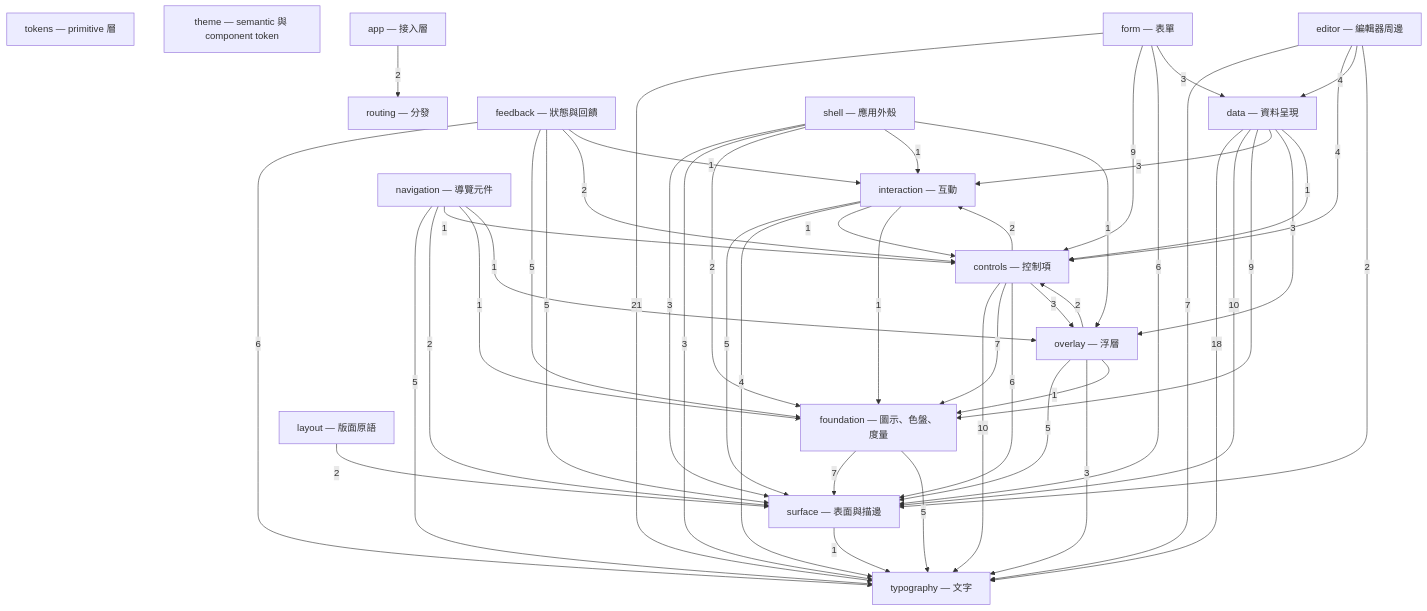
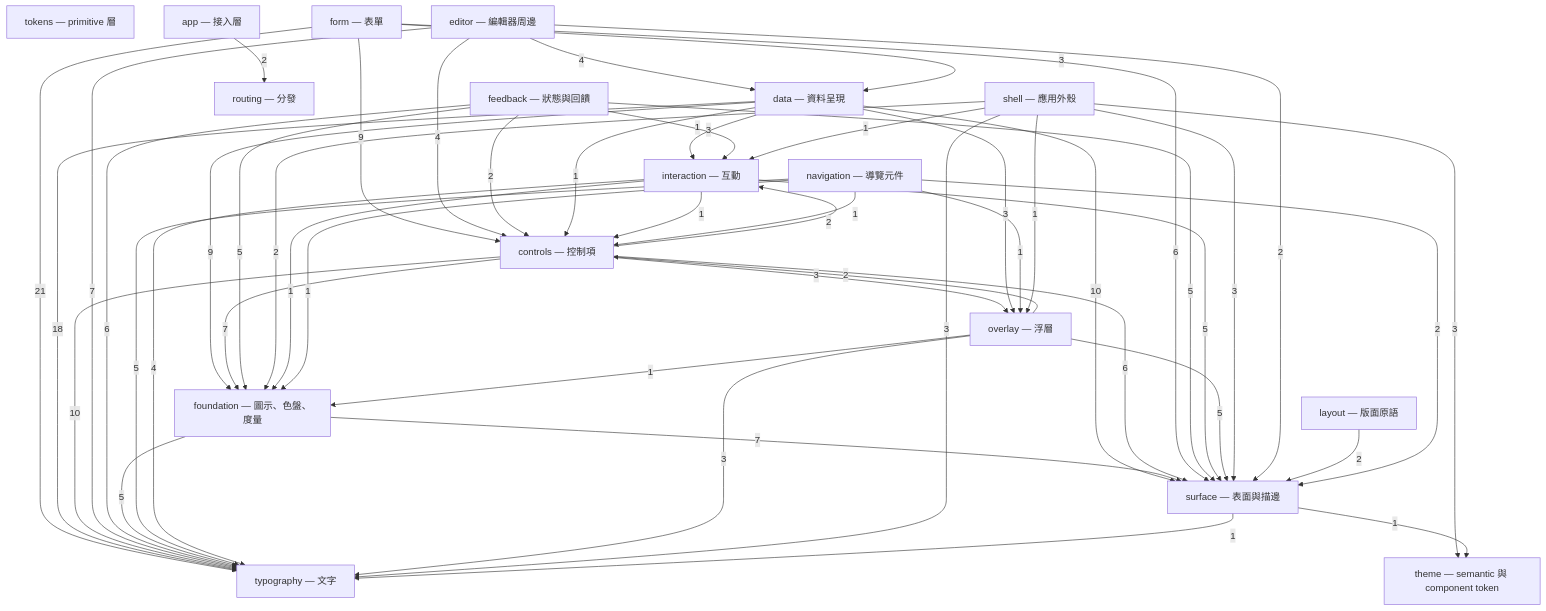
One commit to MiuDog/Kallopis changed the first of 17 diagrams in spec/component-inventory.md. Above: the diagram before and after it, drawn with Mermaid. The commit also changed other lines of this file and 8 other files, not shown here.

````diff
--- a/spec/component-inventory.md
+++ b/spec/component-inventory.md
@@ -18,67 +18,69 @@
 ```mermaid
 graph TD
   tokens["tokens — primitive 層"]
   theme["theme — semantic 與 component token"]
   foundation["foundation — 圖示、色盤、度量"]
   typography["typography — 文字"]
   surface["surface — 表面與描邊"]
   interaction["interaction — 互動"]
   layout["layout — 版面原語"]
   overlay["overlay — 浮層"]
   controls["controls — 控制項"]
   data["data — 資料呈現"]
   form["form — 表單"]
   feedback["feedback — 狀態與回饋"]
   navigation["navigation — 導覽元件"]
   editor["editor — 編輯器周邊"]
   routing["routing — 分發"]
   shell["shell — 應用外殼"]
   app["app — 接入層"]
   form -->|21| typography
   data -->|18| typography
   controls -->|10| typography
   data -->|10| surface
   data -->|9| foundation
   form -->|9| controls
   controls -->|7| foundation
   editor -->|7| typography
   foundation -->|7| surface
   controls -->|6| surface
   feedback -->|6| typography
   form -->|6| surface
   feedback -->|5| foundation
   feedback -->|5| surface
   foundation -->|5| typography
   interaction -->|5| surface
   navigation -->|5| typography
   overlay -->|5| surface
   editor -->|4| controls
   editor -->|4| data
   interaction -->|4| typography
   controls -->|3| overlay
   data -->|3| interaction
   data -->|3| overlay
   form -->|3| data
   overlay -->|3| typography
   shell -->|3| surface
+  shell -->|3| theme
   shell -->|3| typography
   app -->|2| routing
   controls -->|2| interaction
   editor -->|2| surface
   feedback -->|2| controls
   layout -->|2| surface
   navigation -->|2| surface
   overlay -->|2| controls
   shell -->|2| foundation
   data -->|1| controls
   feedback -->|1| interaction
   interaction -->|1| controls
   interaction -->|1| foundation
   navigation -->|1| controls
   navigation -->|1| foundation
   navigation -->|1| overlay
   overlay -->|1| foundation
   shell -->|1| interaction
   shell -->|1| overlay
+  surface -->|1| theme
   surface -->|1| typography
 ```
````
